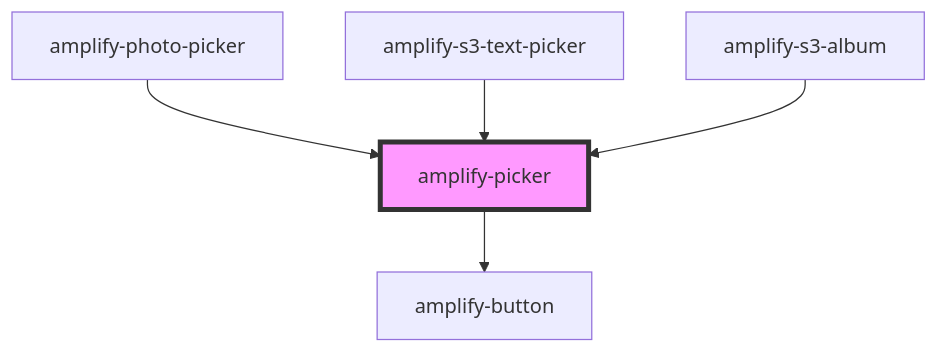
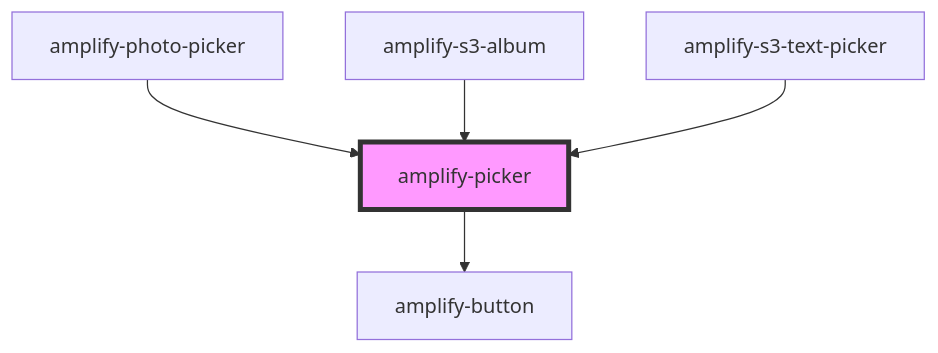
The diagram in packages/amplify-ui-components/src/components/amplify-picker/readme.md (aws-amplify/amplify-js), drawn with Mermaid before and after one commit. The commit also changed other lines of this file and 10 other files, not shown here.

````diff
--- a/packages/amplify-ui-components/src/components/amplify-picker/readme.md
+++ b/packages/amplify-ui-components/src/components/amplify-picker/readme.md
@@ -27,8 +28,8 @@
 ```mermaid
 graph TD;
   amplify-picker --> amplify-button
   amplify-photo-picker --> amplify-picker
+  amplify-s3-album --> amplify-picker
   amplify-s3-text-picker --> amplify-picker
-  amplify-s3-album --> amplify-picker
   style amplify-picker fill:#f9f,stroke:#333,stroke-width:4px
 ```
````
